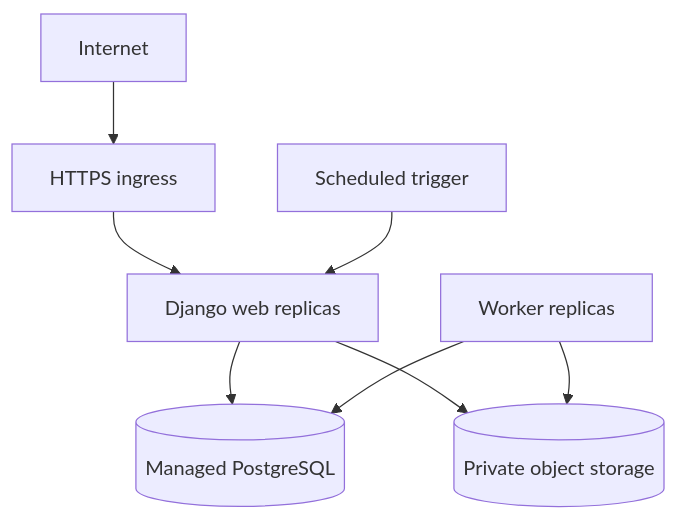
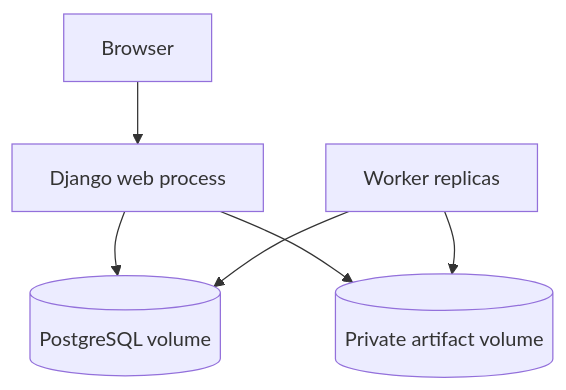
Before and after one commit to prudviee/reconciliation-workbench: the fifth of 5 diagrams in docs/02-hld.md, drawn with Mermaid. The commit also changed other lines of this file and 26 other files, not shown here.

Commit message:
refactor(STO-T01): keep artifact storage local-only

````diff
--- a/docs/02-hld.md
+++ b/docs/02-hld.md
@@ -158,10 +158,8 @@
 ```mermaid
 flowchart TB
-    I[Internet] --> H[HTTPS ingress]
-    H --> W[Django web replicas]
-    W --> P[(Managed PostgreSQL)]
-    W --> S[(Private object storage)]
+    B[Browser] --> W[Django web process]
+    W --> P[(PostgreSQL volume)]
+    W --> S[(Private artifact volume)]
     J[Worker replicas] --> P
     J --> S
-    C[Scheduled trigger] --> W
 ```
````
